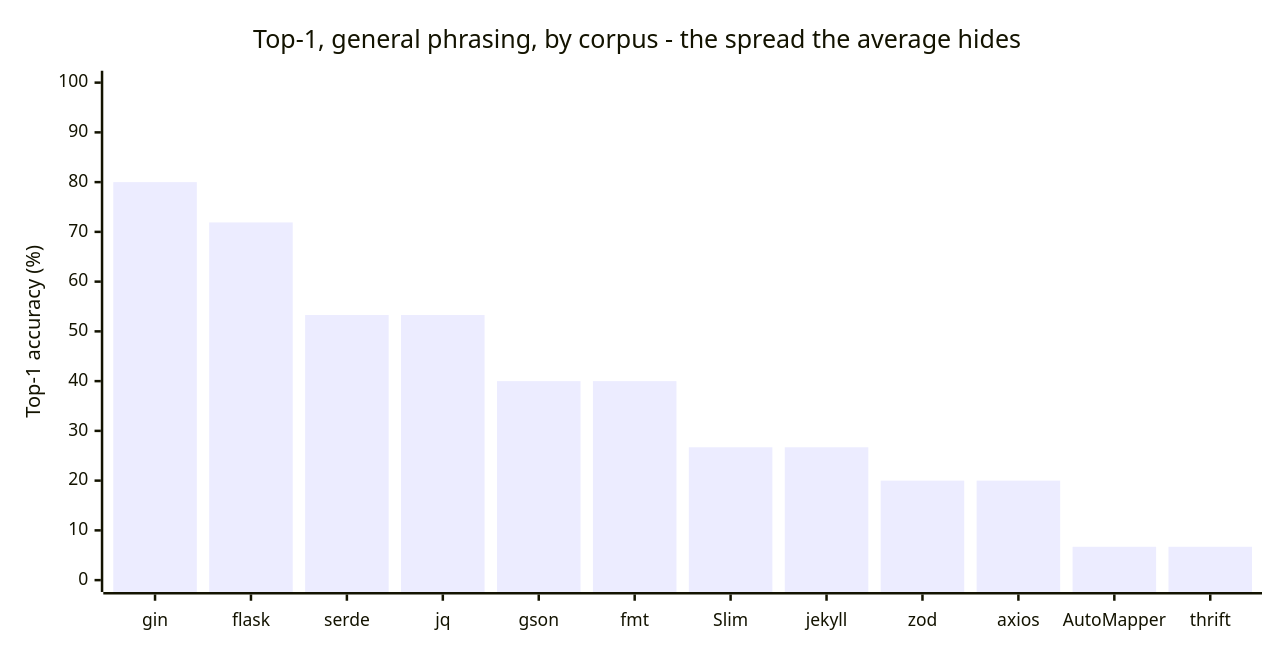
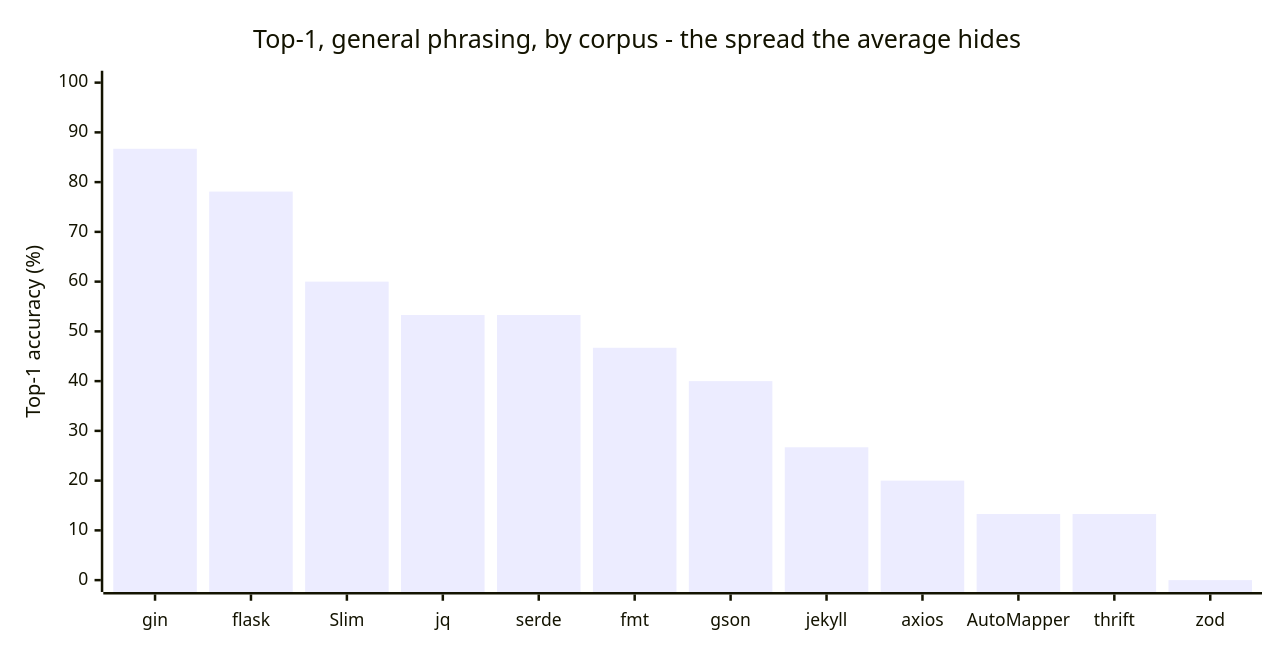
One commit to Aletheore/aletheore-benchmarks changed the second of 8 diagrams in README.md. Above: the diagram before and after it, drawn with Mermaid. The commit also changed other lines of this file and 3 other files, not shown here.

````diff
--- a/README.md
+++ b/README.md
@@ -124,8 +145,8 @@
 ```mermaid
 %%{init: {"xyChart": {"width": 1000, "height": 500}}}%%
 xychart-beta
     title "Top-1, general phrasing, by corpus - the spread the average hides"
-    x-axis [gin, flask, serde, jq, gson, fmt, Slim, jekyll, zod, axios, AutoMapper, thrift]
+    x-axis [gin, flask, Slim, jq, serde, fmt, gson, jekyll, axios, AutoMapper, thrift, zod]
     y-axis "Top-1 accuracy (%)" 0 --> 100
-    bar [80.0, 71.9, 53.3, 53.3, 40.0, 40.0, 26.7, 26.7, 20.0, 20.0, 6.7, 6.7]
+    bar [86.7, 78.1, 60.0, 53.3, 53.3, 46.7, 40.0, 26.7, 20.0, 13.3, 13.3, 0.0]
 ```
````
